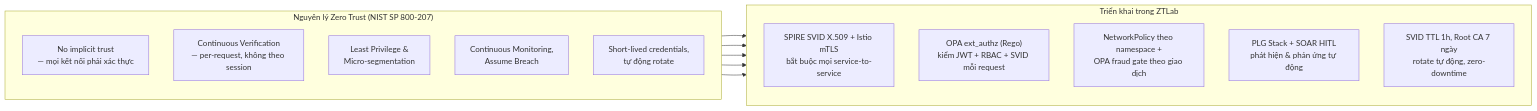
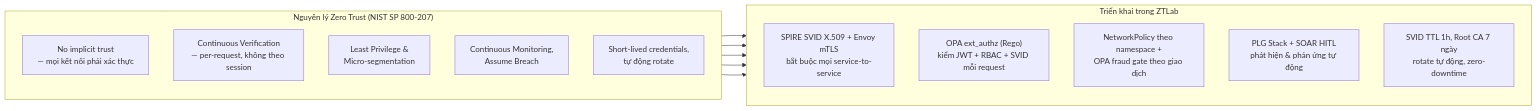
One commit to HoangBaoPhuoc/Zero-Trust-based-Security-Detection-and-Response changed the first of 2 diagrams in README.md. Above: the diagram before and after it, drawn with Mermaid. The commit also changed other lines of this file and 43 other files, not shown here.

````diff
--- a/README.md
+++ b/README.md
@@ -58,24 +58,24 @@
 ```mermaid
 flowchart LR
     subgraph NT["Nguyên lý Zero Trust (NIST SP 800-207)"]
         direction TB
         T1["No implicit trust<br/>— mọi kết nối phải xác thực"]
         T2["Continuous Verification<br/>— per-request, không theo session"]
         T3["Least Privilege &<br/>Micro-segmentation"]
         T4["Continuous Monitoring,<br/>Assume Breach"]
         T5["Short-lived credentials,<br/>tự động rotate"]
     end
     subgraph ZT["Triển khai trong ZTLab"]
         direction TB
-        I1["SPIRE SVID X.509 + Istio mTLS<br/>bắt buộc mọi service-to-service"]
+        I1["SPIRE SVID X.509 + Envoy mTLS<br/>bắt buộc mọi service-to-service"]
         I2["OPA ext_authz (Rego)<br/>kiểm JWT + RBAC + SVID mỗi request"]
         I3["NetworkPolicy theo namespace +<br/>OPA fraud gate theo giao dịch"]
         I4["PLG Stack + SOAR HITL<br/>phát hiện & phản ứng tự động"]
         I5["SVID TTL 1h, Root CA 7 ngày<br/>rotate tự động, zero-downtime"]
     end
     T1 --> I1
     T2 --> I2
     T3 --> I3
     T4 --> I4
     T5 --> I5
 ```
````
